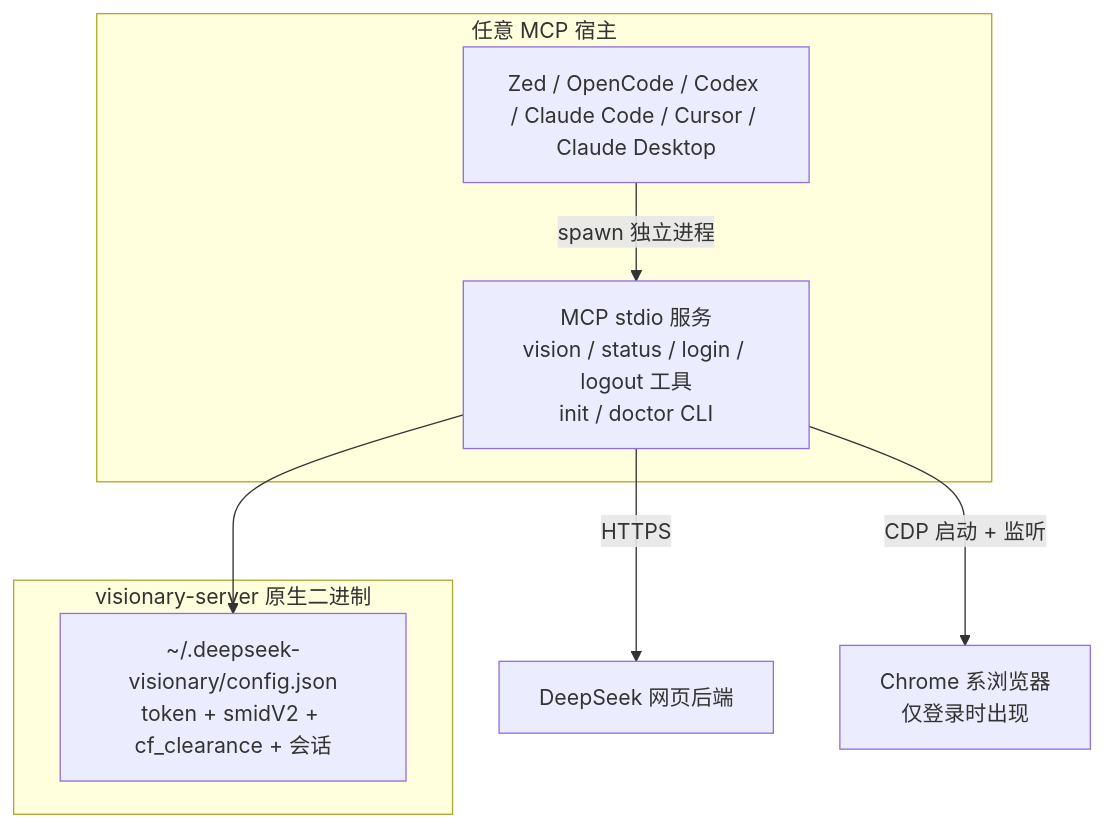
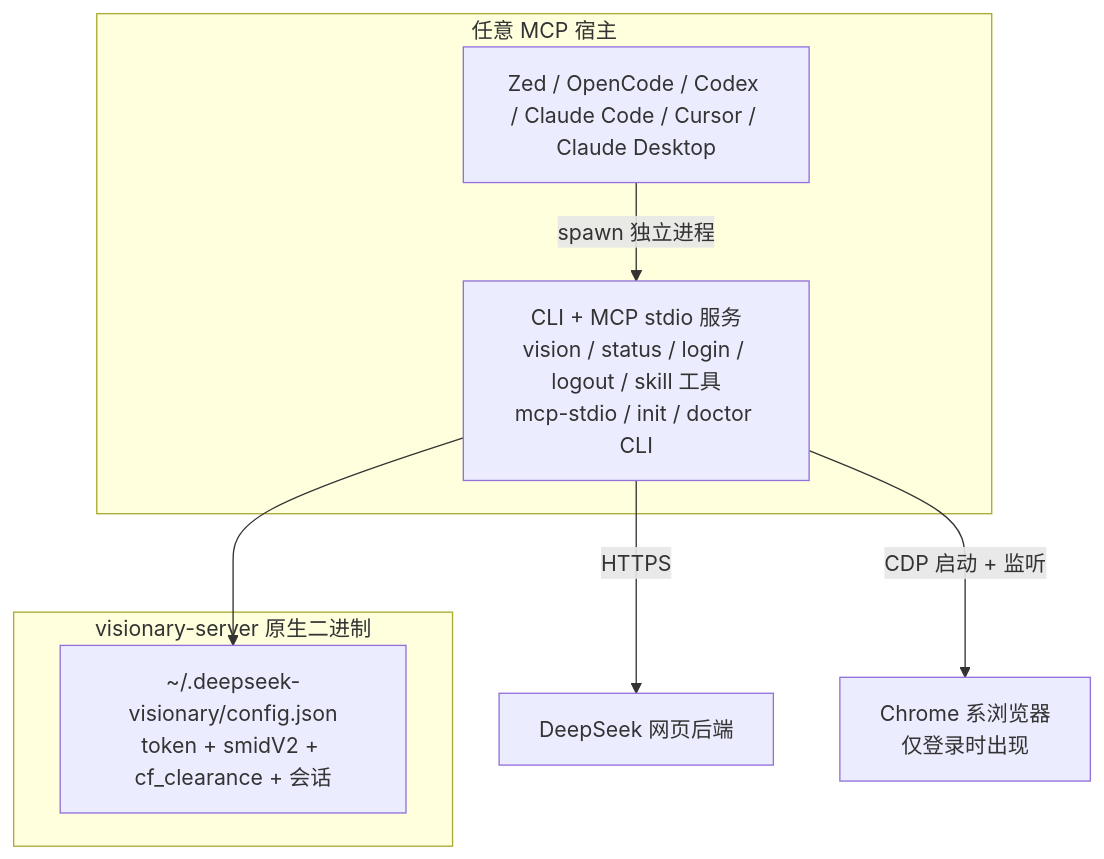
The diagram in README.md (xlight/deepseek-visionary), drawn with Mermaid before and after one commit. The commit also changed other lines of this file and 13 other files, not shown here.

First line of the commit message:
CLI：改用显式 mcp-stdio 子命令启动 MCP 服务

````diff
--- a/README.md
+++ b/README.md
@@ -9,14 +9,14 @@
 ```mermaid
 graph TD
     subgraph 宿主[任意 MCP 宿主]
         AG["Zed / OpenCode / Codex / Claude Code / Cursor / Claude Desktop"]
         AG -->|spawn 独立进程| SRV
     end
     subgraph visionary-server 原生二进制
-        SRV["MCP stdio 服务<br/>vision / status / login / logout 工具<br/>init / doctor CLI"]
+        SRV["CLI + MCP stdio 服务<br/>vision / status / login / logout / skill 工具<br/>mcp-stdio / init / doctor CLI"]
         CFG["~/.deepseek-visionary/config.json<br/>token + smidV2 + cf_clearance + 会话"]
         SRV --> CFG
     end
     SRV -->|HTTPS| DS["DeepSeek 网页后端"]
     SRV -->|CDP 启动 + 监听| BRO["Chrome 系浏览器<br/>仅登录时出现"]
 ```
````
